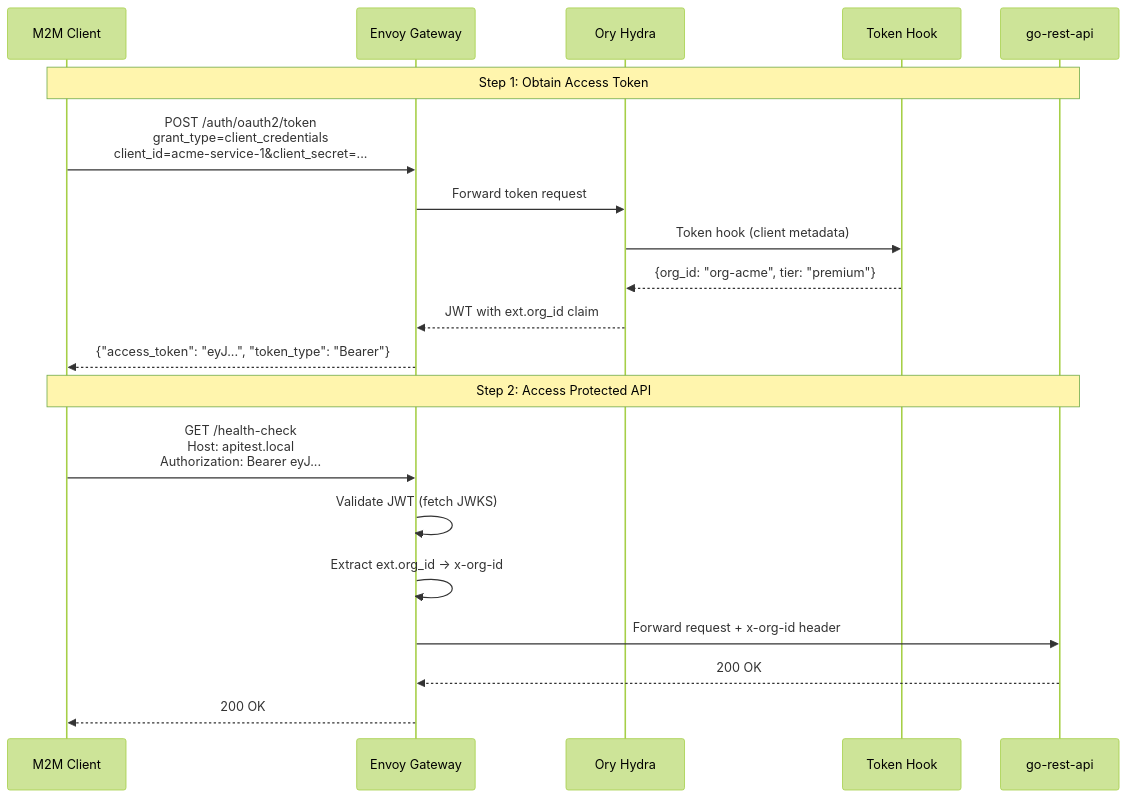
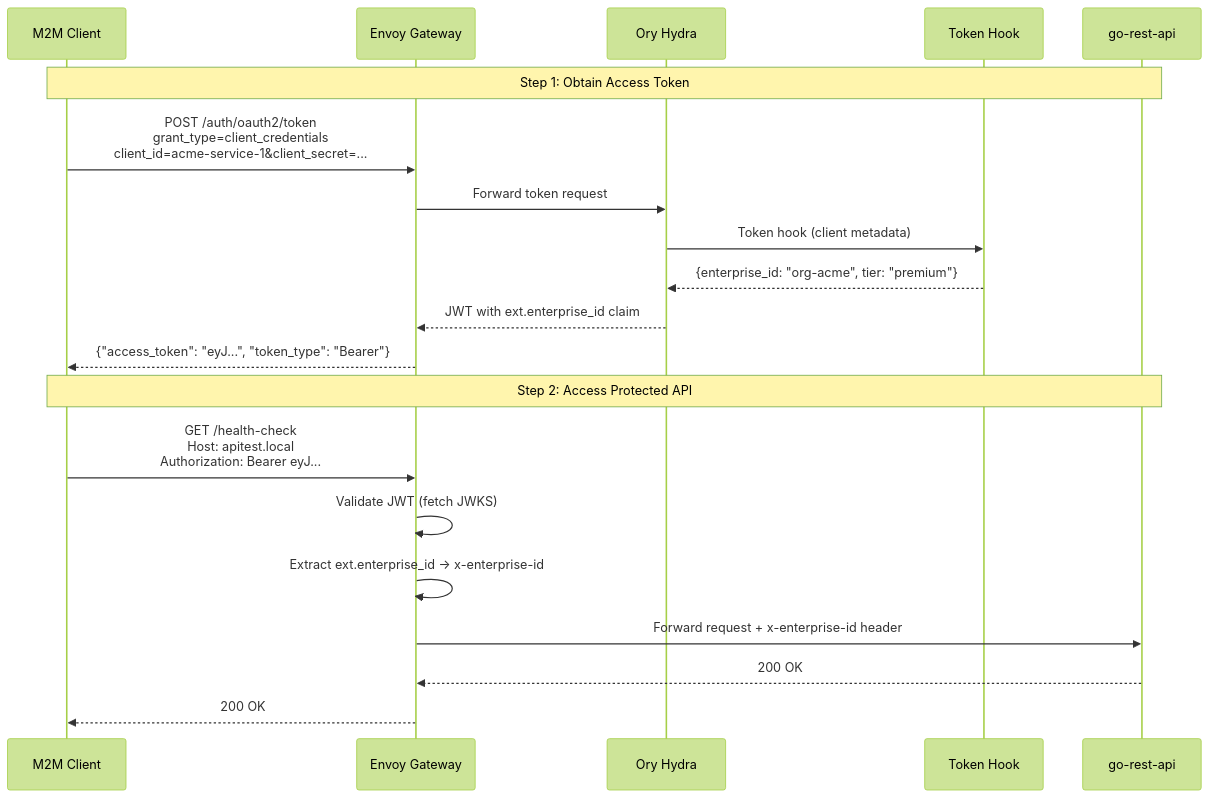
The second of 4 diagrams in requirements/demo-gateway-requirements.md (sam-bercovici/test-apisix), drawn with Mermaid (forest theme) before and after one commit. The commit also changed other lines of this file and 30 other files, not shown here.

````diff
--- a/requirements/demo-gateway-requirements.md
+++ b/requirements/demo-gateway-requirements.md
@@ -292,26 +292,26 @@
 ```mermaid
 sequenceDiagram
     participant Client as M2M Client
     participant GW as Envoy Gateway
     participant Hydra as Ory Hydra
     participant Hook as Token Hook
     participant API as go-rest-api
 
     Note over Client,API: Step 1: Obtain Access Token
 
     Client->>GW: POST /auth/oauth2/token<br/>grant_type=client_credentials<br/>client_id=acme-service-1&client_secret=...
     GW->>Hydra: Forward token request
     Hydra->>Hook: Token hook (client metadata)
-    Hook-->>Hydra: {org_id: "org-acme", tier: "premium"}
-    Hydra-->>GW: JWT with ext.org_id claim
+    Hook-->>Hydra: {enterprise_id: "org-acme", tier: "premium"}
+    Hydra-->>GW: JWT with ext.enterprise_id claim
     GW-->>Client: {"access_token": "eyJ...", "token_type": "Bearer"}
 
     Note over Client,API: Step 2: Access Protected API
 
     Client->>GW: GET /health-check<br/>Host: apitest.local<br/>Authorization: Bearer eyJ...
     GW->>GW: Validate JWT (fetch JWKS)
-    GW->>GW: Extract ext.org_id → x-org-id
-    GW->>API: Forward request + x-org-id header
+    GW->>GW: Extract ext.enterprise_id → x-enterprise-id
+    GW->>API: Forward request + x-enterprise-id header
     API-->>GW: 200 OK
     GW-->>Client: 200 OK
 ```
````
